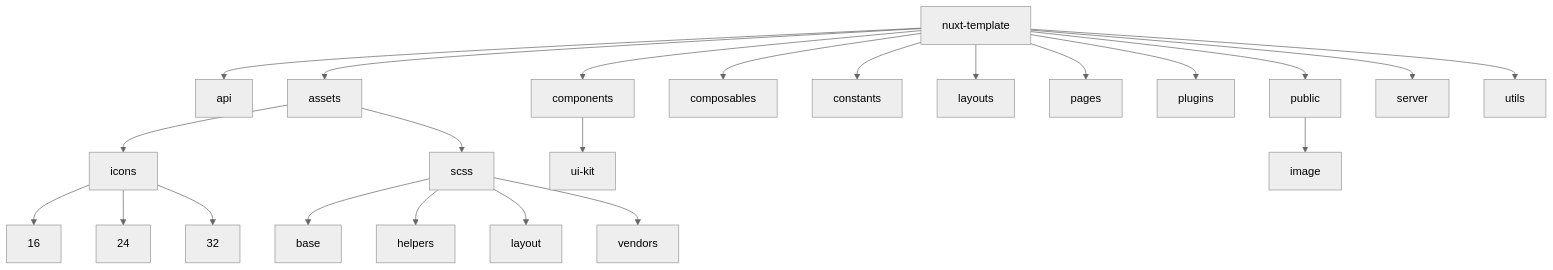
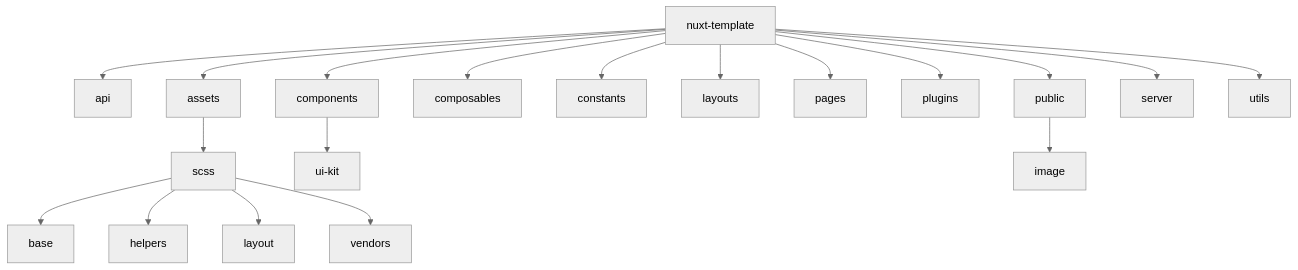
One commit to maratakoev/adaptive_slider_test changed the diagram in README.md. Above: the diagram before and after it, drawn with Mermaid (neutral theme). The commit also changed other lines of this file and 18 other files, not shown here.

````diff
--- a/README.md
+++ b/README.md
@@ -88,25 +77,21 @@
 ```mermaid
 graph TD;
     nuxt-template-->api;
     nuxt-template-->assets;
     nuxt-template-->components;
     nuxt-template-->composables;
     nuxt-template-->constants;
     nuxt-template-->layouts;
     nuxt-template-->pages;
     nuxt-template-->plugins;
     nuxt-template-->public;
     nuxt-template-->server;
     nuxt-template-->utils;
-    assets-->icons;
     assets-->scss;
     scss-->base;
     scss-->helpers;
     scss-->layout;
     scss-->vendors;
-    icons-->16;
-    icons-->24;
-    icons-->32;
     components-->ui-kit;
     public-->image;
 ```
````
